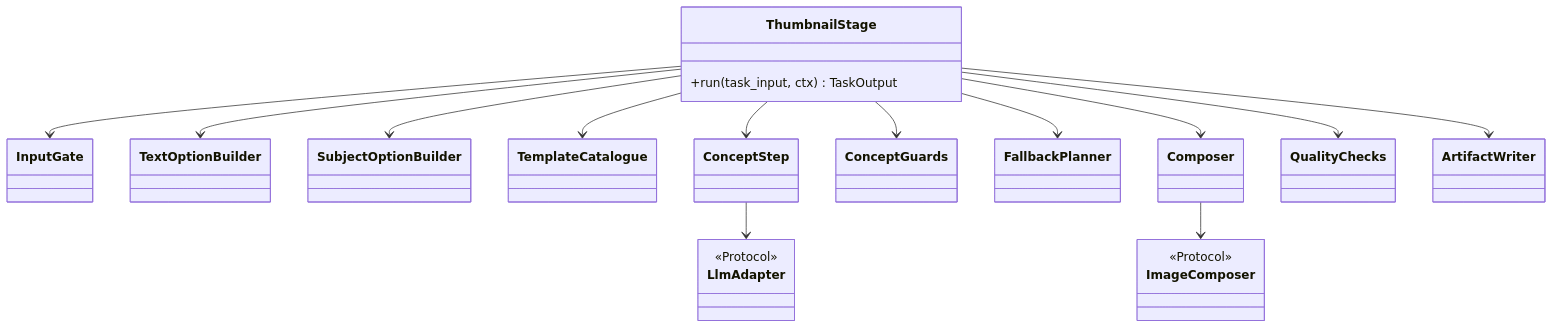
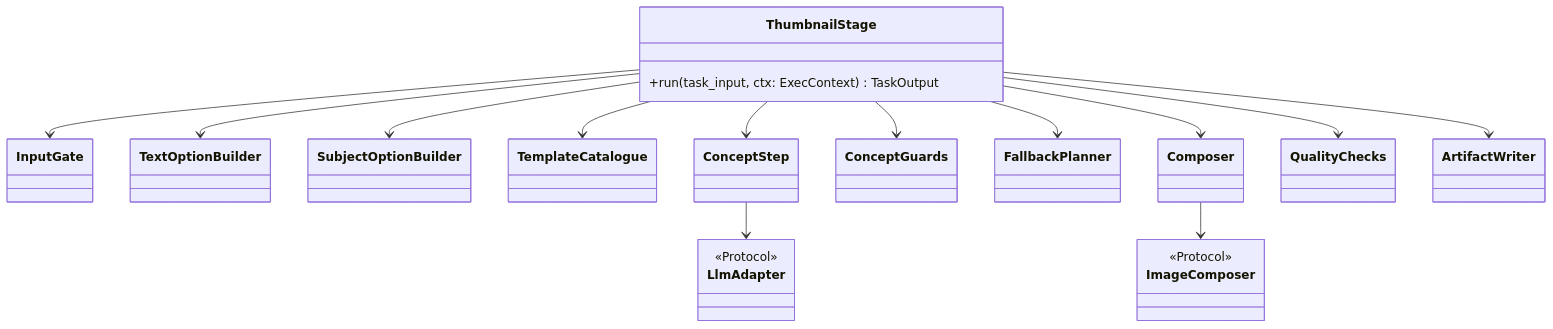
The third of 3 diagrams in docs/v4/agents/agent_11_thumbnail_design.md (abhiwasu007-a11y/Media), drawn with Mermaid before and after one commit. The commit also changed other lines of this file and 19 other files, not shown here.

````diff
--- a/docs/v4/agents/agent_11_thumbnail_design.md
+++ b/docs/v4/agents/agent_11_thumbnail_design.md
@@ -511,28 +511,28 @@
 ```mermaid
 classDiagram
-  class ThumbnailStage { +run(task_input, ctx) TaskOutput }
+  class ThumbnailStage { +run(task_input, ctx: ExecContext) TaskOutput }
   class InputGate
   class TextOptionBuilder
   class SubjectOptionBuilder
   class TemplateCatalogue
   class ConceptStep
   class ConceptGuards
   class FallbackPlanner
   class Composer
   class QualityChecks
   class ArtifactWriter
   class LlmAdapter { <<Protocol>> }
   class ImageComposer { <<Protocol>> }
   ThumbnailStage --> InputGate
   ThumbnailStage --> TextOptionBuilder
   ThumbnailStage --> SubjectOptionBuilder
   ThumbnailStage --> TemplateCatalogue
   ThumbnailStage --> ConceptStep
   ThumbnailStage --> ConceptGuards
   ThumbnailStage --> FallbackPlanner
   ThumbnailStage --> Composer
   ThumbnailStage --> QualityChecks
   ThumbnailStage --> ArtifactWriter
   ConceptStep --> LlmAdapter
   Composer --> ImageComposer
 ```
````
